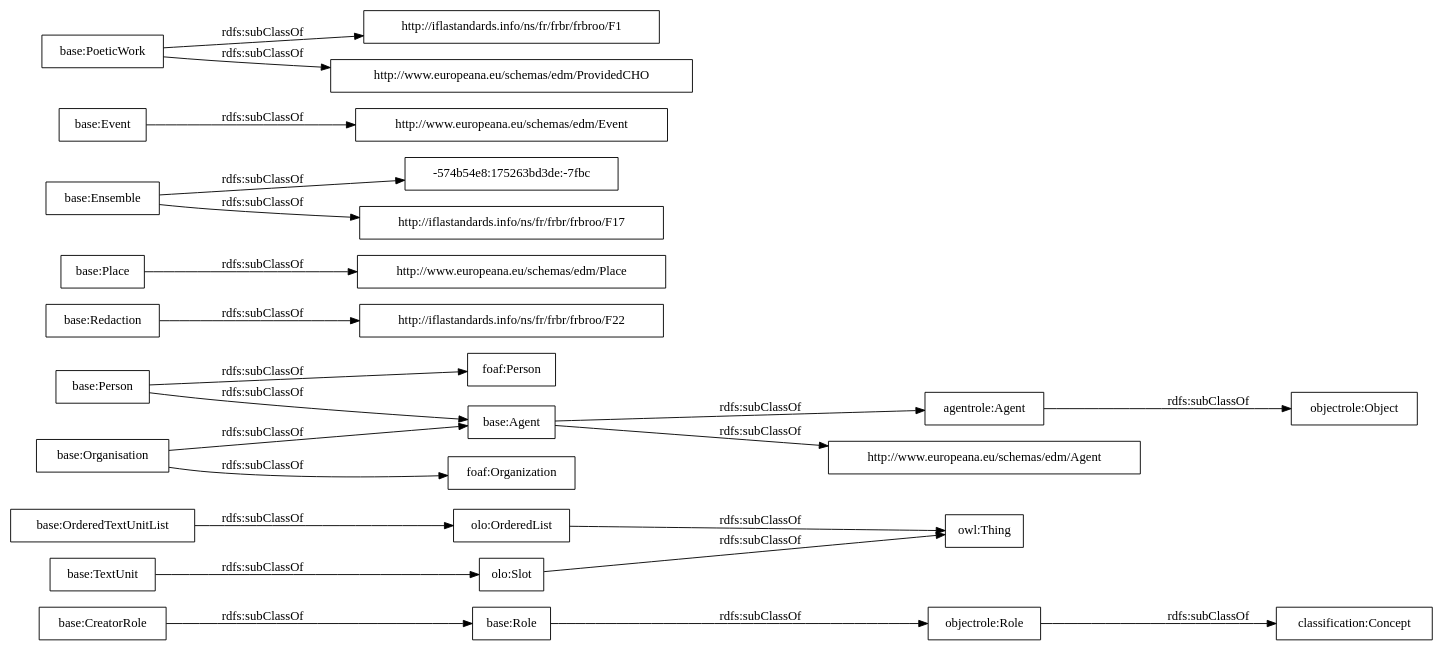
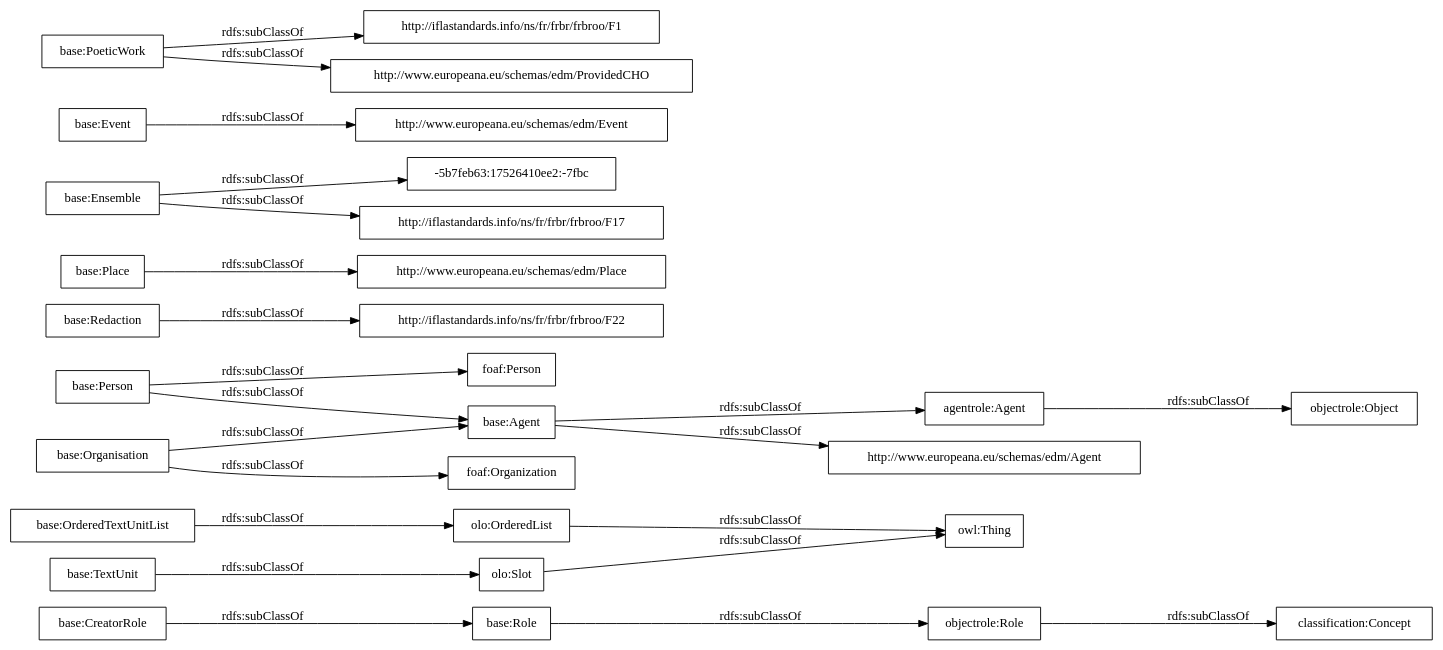
Before and after one commit to OnToologyUser/core-ontology-1: the diagram in OnToology/postdata-core.owl/diagrams/ar2dtool-taxonomy/postdata-core.owl.png.dot, drawn with Graphviz. The commit also changed 14 other files, not shown here.

```diff
--- a/OnToology/postdata-core.owl/diagrams/ar2dtool-taxonomy/postdata-core.owl.png.dot
+++ b/OnToology/postdata-core.owl/diagrams/ar2dtool-taxonomy/postdata-core.owl.png.dot
@@ -1,27 +1,27 @@
 digraph ar2dtool_diagram { 
 rankdir=LR;
 size="1000"
-node [shape = rectangle, color="black"]; "base:Role" "base:OrderedTextUnitList" "agentrole:Agent" "http://iflastandards.info/ns/fr/frbr/frbroo/F22" "http://www.europeana.eu/schemas/edm/Agent" "base:Agent" "base:CreatorRole" "base:Person" "base:Organisation" "http://www.europeana.eu/schemas/edm/Place" "base:Redaction" "base:Ensemble" "foaf:Person" "http://www.europeana.eu/schemas/edm/Event" "base:TextUnit" "http://iflastandards.info/ns/fr/frbr/frbroo/F1" "foaf:Organization" "http://www.europeana.eu/schemas/edm/ProvidedCHO" "base:Place" "base:Event" "-574b54e8:175263bd3de:-7fbc" "base:PoeticWork" "http://iflastandards.info/ns/fr/frbr/frbroo/F17" "owl:Thing" "objectrole:Role" "objectrole:Object" "olo:Slot" "olo:OrderedList" "classification:Concept" ; /*classes style*/
+node [shape = rectangle, color="black"]; "base:Role" "base:OrderedTextUnitList" "agentrole:Agent" "http://iflastandards.info/ns/fr/frbr/frbroo/F22" "http://www.europeana.eu/schemas/edm/Agent" "base:Agent" "base:CreatorRole" "base:Person" "base:Organisation" "http://www.europeana.eu/schemas/edm/Place" "base:Redaction" "foaf:Person" "base:Ensemble" "-5b7feb63:17526410ee2:-7fbc" "http://www.europeana.eu/schemas/edm/Event" "base:TextUnit" "http://iflastandards.info/ns/fr/frbr/frbroo/F1" "foaf:Organization" "http://www.europeana.eu/schemas/edm/ProvidedCHO" "base:Place" "base:Event" "base:PoeticWork" "http://iflastandards.info/ns/fr/frbr/frbroo/F17" "owl:Thing" "objectrole:Role" "objectrole:Object" "olo:Slot" "olo:OrderedList" "classification:Concept" ; /*classes style*/
 	"base:Redaction" -> "http://iflastandards.info/ns/fr/frbr/frbroo/F22" [ label = "rdfs:subClassOf" ];
 	"base:Role" -> "objectrole:Role" [ label = "rdfs:subClassOf" ];
 	"base:Event" -> "http://www.europeana.eu/schemas/edm/Event" [ label = "rdfs:subClassOf" ];
 	"base:Person" -> "foaf:Person" [ label = "rdfs:subClassOf" ];
 	"base:Person" -> "base:Agent" [ label = "rdfs:subClassOf" ];
 	"olo:OrderedList" -> "owl:Thing" [ label = "rdfs:subClassOf" ];
 	"olo:Slot" -> "owl:Thing" [ label = "rdfs:subClassOf" ];
 	"base:PoeticWork" -> "http://www.europeana.eu/schemas/edm/ProvidedCHO" [ label = "rdfs:subClassOf" ];
 	"base:PoeticWork" -> "http://iflastandards.info/ns/fr/frbr/frbroo/F1" [ label = "rdfs:subClassOf" ];
 	"base:TextUnit" -> "olo:Slot" [ label = "rdfs:subClassOf" ];
 	"agentrole:Agent" -> "objectrole:Object" [ label = "rdfs:subClassOf" ];
-	"base:Ensemble" -> "-574b54e8:175263bd3de:-7fbc" [ label = "rdfs:subClassOf" ];
 	"base:Ensemble" -> "http://iflastandards.info/ns/fr/frbr/frbroo/F17" [ label = "rdfs:subClassOf" ];
+	"base:Ensemble" -> "-5b7feb63:17526410ee2:-7fbc" [ label = "rdfs:subClassOf" ];
 	"base:OrderedTextUnitList" -> "olo:OrderedList" [ label = "rdfs:subClassOf" ];
 	"base:Agent" -> "agentrole:Agent" [ label = "rdfs:subClassOf" ];
 	"base:Agent" -> "http://www.europeana.eu/schemas/edm/Agent" [ label = "rdfs:subClassOf" ];
 	"objectrole:Role" -> "classification:Concept" [ label = "rdfs:subClassOf" ];
 	"base:Place" -> "http://www.europeana.eu/schemas/edm/Place" [ label = "rdfs:subClassOf" ];
 	"base:Organisation" -> "foaf:Organization" [ label = "rdfs:subClassOf" ];
 	"base:Organisation" -> "base:Agent" [ label = "rdfs:subClassOf" ];
 	"base:CreatorRole" -> "base:Role" [ label = "rdfs:subClassOf" ];
 
 }
```
